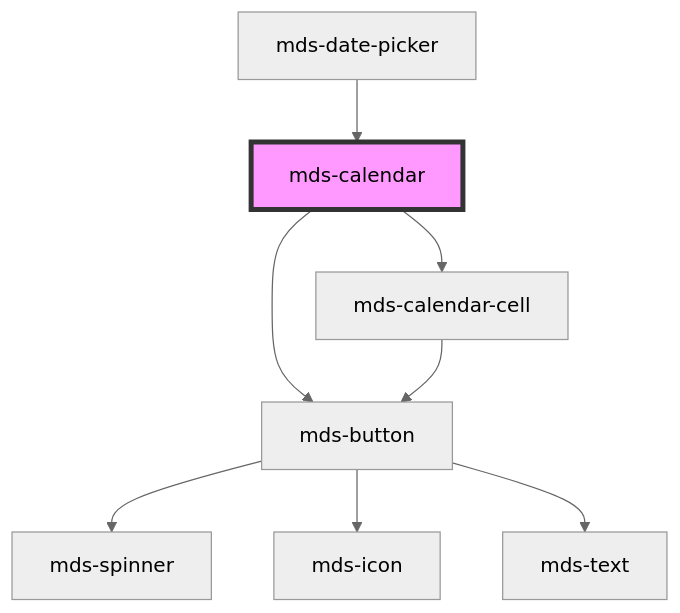
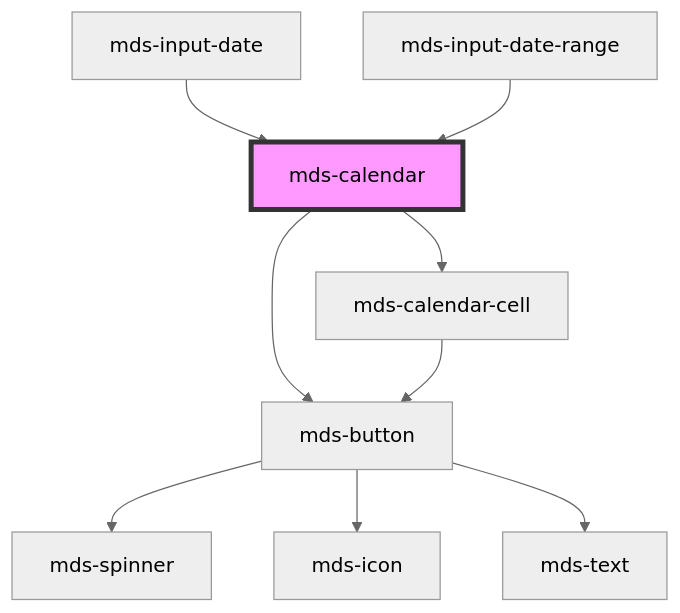
The diagram in projects/stencil/src/components/mds-calendar/readme.md (magma-design-system/magma), drawn with Mermaid (neutral theme) before and after one commit. The commit also changed other lines of this file and 2 other files, not shown here.

Commit message:
fix(mds-calendar): management of single selection and functions refactoring

````diff
--- a/projects/stencil/src/components/mds-calendar/readme.md
+++ b/projects/stencil/src/components/mds-calendar/readme.md
@@ -48,11 +50,12 @@
 ```mermaid
 graph TD;
   mds-calendar --> mds-button
   mds-calendar --> mds-calendar-cell
   mds-button --> mds-spinner
   mds-button --> mds-icon
   mds-button --> mds-text
   mds-calendar-cell --> mds-button
-  mds-date-picker --> mds-calendar
+  mds-input-date --> mds-calendar
+  mds-input-date-range --> mds-calendar
   style mds-calendar fill:#f9f,stroke:#333,stroke-width:4px
 ```
````
